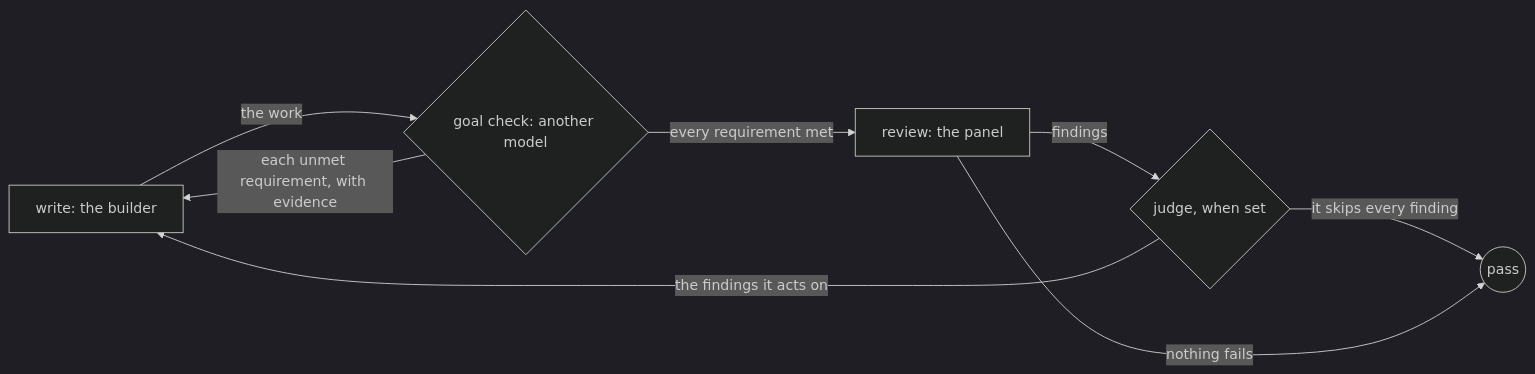
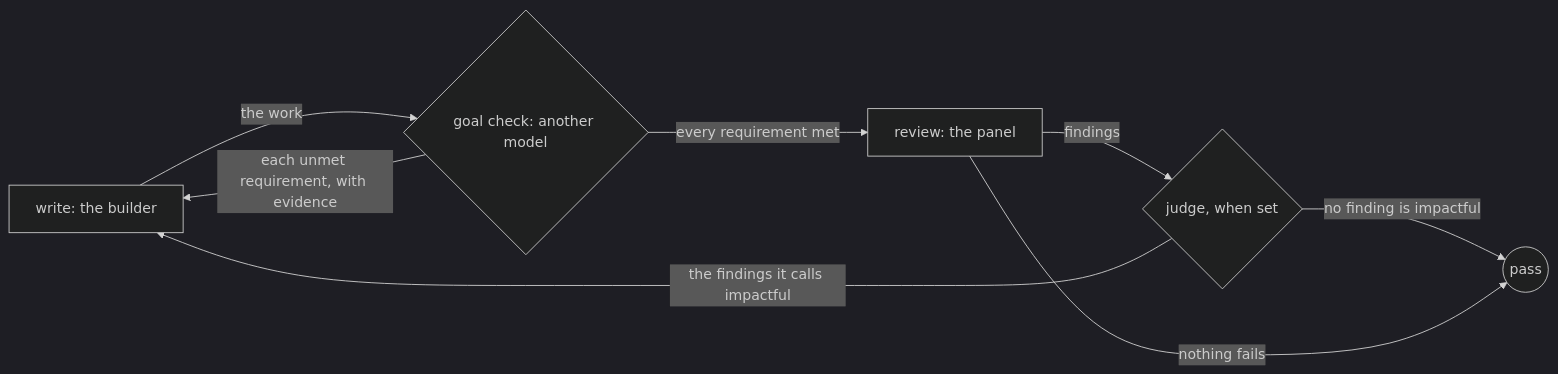
One commit to jonny981/obversa changed the diagram in docs/public/patterns/check-the-brief.mdx. Above: the diagram before and after it, drawn with Mermaid (dark theme). The commit also changed 47 other files, not shown here.

First line of the commit message:
feat(runtime): send back only impactful findings after round 1, and never end a run short

````diff
--- a/docs/public/patterns/check-the-brief.mdx
+++ b/docs/public/patterns/check-the-brief.mdx
@@ -18,10 +18,10 @@
 ```mermaid
 flowchart LR
   write["write: the builder"] -->|the work| goal{"goal check: another model"}
   goal -->|each unmet requirement, with evidence| write
   goal -->|every requirement met| review["review: the panel"]
   review -->|findings| judge{"judge, when set"}
-  judge -->|the findings it acts on| write
-  judge -->|it skips every finding| done((pass))
+  judge -->|the findings it calls impactful| write
+  judge -->|no finding is impactful| done((pass))
   review -->|nothing fails| done
 ```
````
